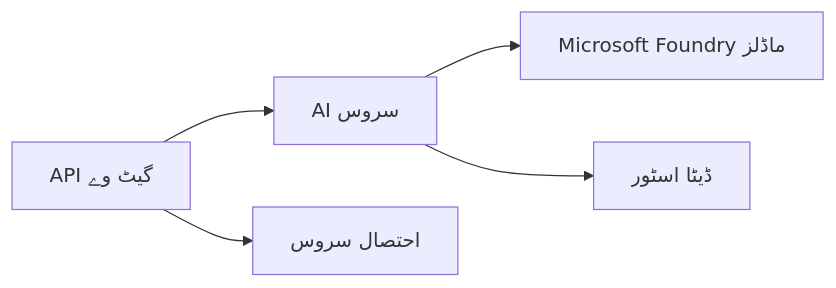
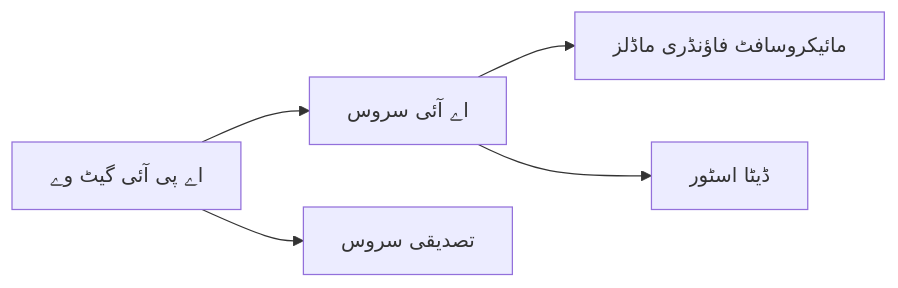
The first of 2 diagrams in translations/ur/docs/chapter-08-production/README.md (microsoft/AZD-for-beginners), drawn with Mermaid before and after one commit. The commit also changed other lines of this file and 60 other files, not shown here.

````diff
--- a/translations/ur/docs/chapter-08-production/README.md
+++ b/translations/ur/docs/chapter-08-production/README.md
@@ -48,6 +48,6 @@
 ```mermaid
 graph LR
-    Gateway[API گیٹ وے] --> AI[AI سروس] --> Models[Microsoft Foundry ماڈلز]
-    Gateway --> Auth[احتصال سروس]
+    Gateway[اے پی آئی گیٹ وے] --> AI[اے آئی سروس] --> Models[مائیکروسافٹ فاؤنڈری ماڈلز]
+    Gateway --> Auth[تصدیقی سروس]
     AI --> Data[ڈیٹا اسٹور]
 ```
````
